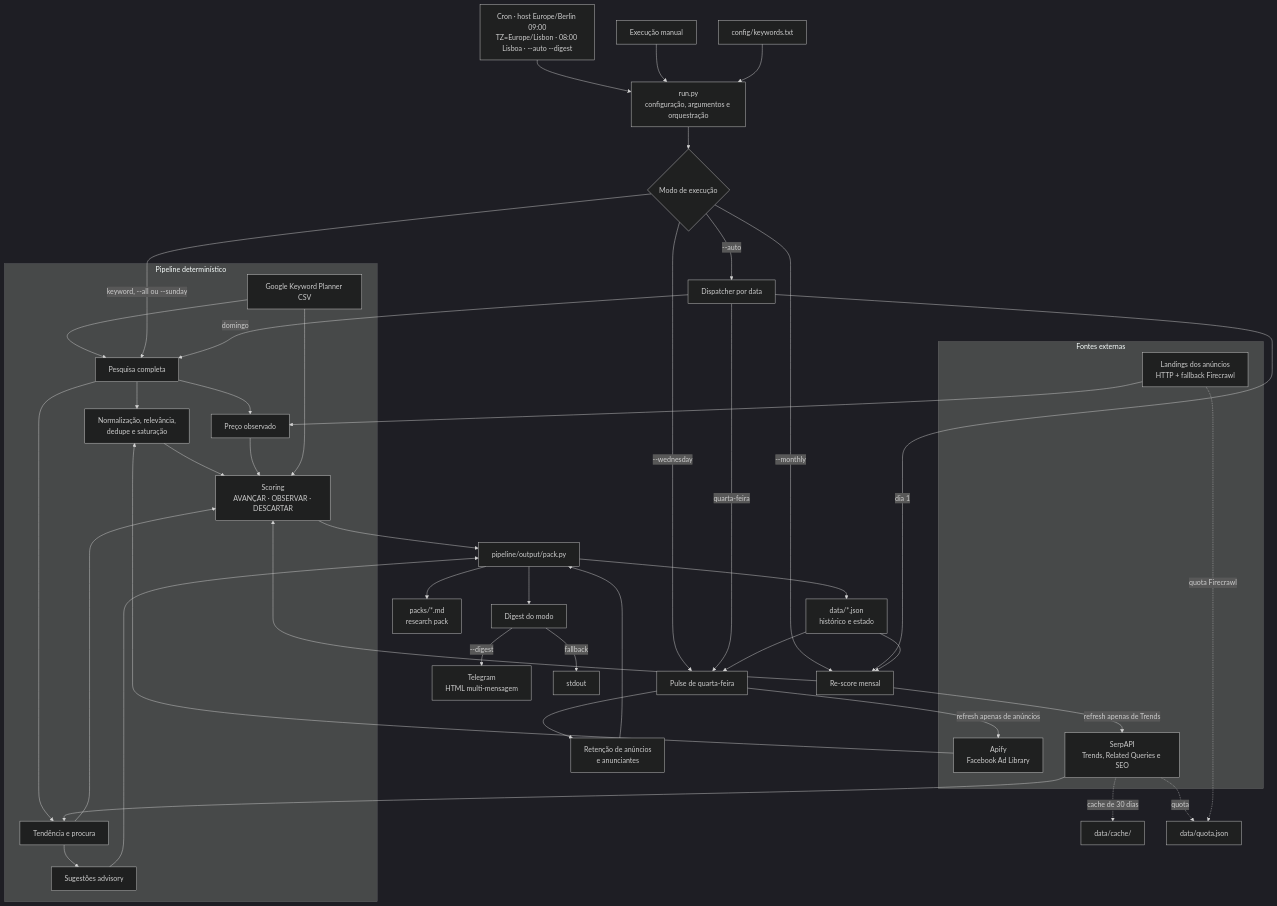
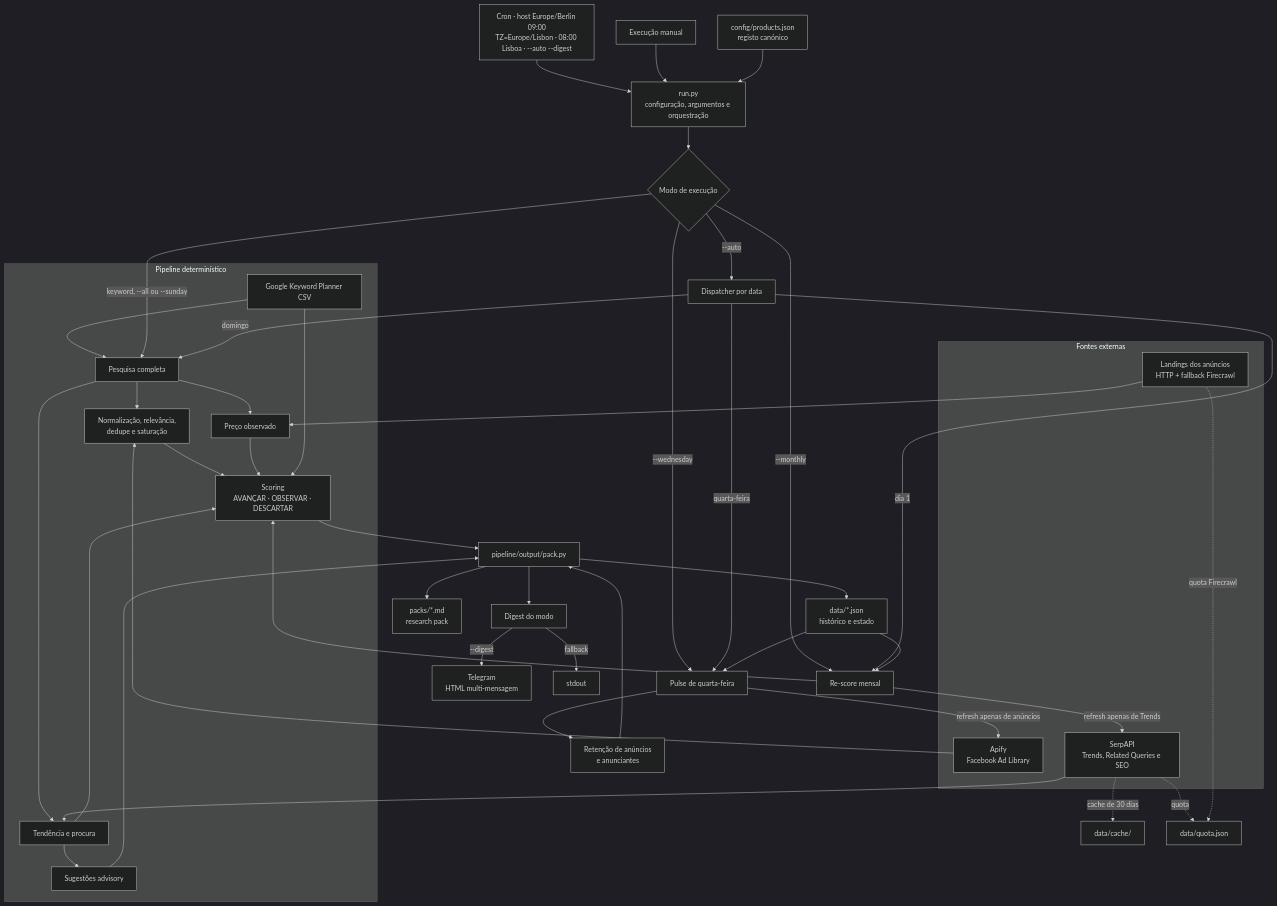
Before and after one commit to Vitor-VarelAI/Ecom-Research: the diagram in README.md, drawn with Mermaid (dark theme). The commit also changed other lines of this file and 27 other files, not shown here.

````diff
--- a/README.md
+++ b/README.md
@@ -41,56 +43,56 @@
 ```mermaid
 flowchart TD
     Cron["Cron · host Europe/Berlin 09:00<br/>TZ=Europe/Lisbon · 08:00 Lisboa · --auto --digest"] --> CLI["run.py<br/>configuração, argumentos e orquestração"]
     User["Execução manual"] --> CLI
-    Keywords["config/keywords.txt"] --> CLI
+    Products["config/products.json<br/>registo canónico"] --> CLI
     KeywordCSV["Google Keyword Planner CSV"] --> Full
 
     CLI --> Mode{"Modo de execução"}
     Mode -->|keyword, --all ou --sunday| Full["Pesquisa completa"]
     Mode -->|--wednesday| Wednesday["Pulse de quarta-feira"]
     Mode -->|--monthly| Monthly["Re-score mensal"]
     Mode -->|--auto| Calendar["Dispatcher por data"]
     Calendar -->|domingo| Full
     Calendar -->|quarta-feira| Wednesday
     Calendar -->|dia 1| Monthly
 
     subgraph Sources["Fontes externas"]
         Apify["Apify<br/>Facebook Ad Library"]
         SerpAPI["SerpAPI<br/>Trends, Related Queries e SEO"]
         Landings["Landings dos anúncios<br/>HTTP + fallback Firecrawl"]
     end
 
     subgraph Pipeline["Pipeline determinístico"]
         Full --> Ads["Normalização, relevância,<br/>dedupe e saturação"]
         Apify --> Ads
         Full --> Trends["Tendência e procura"]
         SerpAPI --> Trends
         Full --> Price["Preço observado"]
         Landings --> Price
         Ads --> Score["Scoring<br/>AVANÇAR · OBSERVAR · DESCARTAR"]
         Trends --> Score
         Price --> Score
         KeywordCSV --> Score
         Trends --> Suggestions["Sugestões advisory"]
     end
 
     History["data/*.json<br/>histórico e estado"] --> Wednesday
     History --> Monthly
     Wednesday -->|refresh apenas de anúncios| Apify
     Wednesday --> Cohort["Retenção de anúncios<br/>e anunciantes"]
     Monthly -->|refresh apenas de Trends| SerpAPI
     Monthly --> Score
 
     Score --> Pack["pipeline/output/pack.py"]
     Suggestions --> Pack
     Cohort --> Pack
     Pack --> Markdown["packs/*.md<br/>research pack"]
     Pack --> History
     Pack --> Digest["Digest do modo"]
     Digest -->|--digest| Telegram["Telegram<br/>HTML multi-mensagem"]
     Digest -->|fallback| Stdout["stdout"]
 
     SerpAPI -. cache de 30 dias .-> Cache["data/cache/"]
     SerpAPI -. quota .-> Quota["data/quota.json"]
     Landings -. quota Firecrawl .-> Quota
 ```
````
